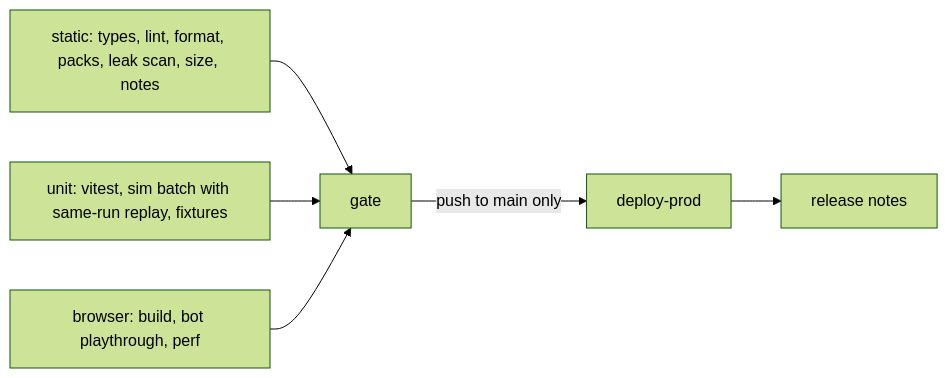
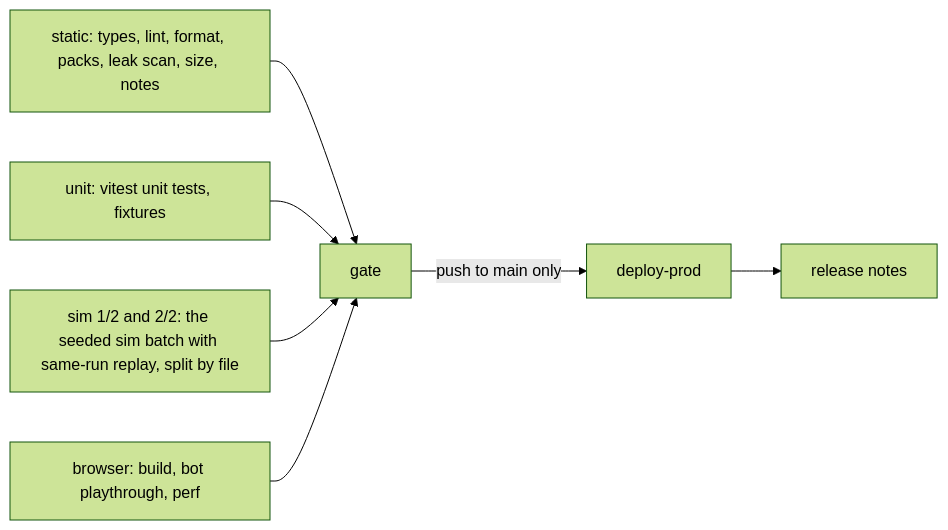
Before and after one commit to joshuasundance-swca/throttlebrawl: the diagram in docs/engineering.md, drawn with Mermaid (forest theme). The commit also changed other lines of this file and 4 other files, not shown here.

First line of the commit message:
ci: split the seeded sim batch into two parallel slices

````diff
--- a/docs/engineering.md
+++ b/docs/engineering.md
@@ -237,8 +237,9 @@
 ```mermaid
 flowchart LR
   A[static: types, lint, format, packs, leak scan, size, notes] --> G[gate]
-  B[unit: vitest, sim batch with same-run replay, fixtures] --> G
+  B[unit: vitest unit tests, fixtures] --> G
+  S[sim 1/2 and 2/2: the seeded sim batch with same-run replay, split by file] --> G
   C[browser: build, bot playthrough, perf] --> G
   G -->|push to main only| D[deploy-prod]
   D --> R[release notes]
 ```
````
